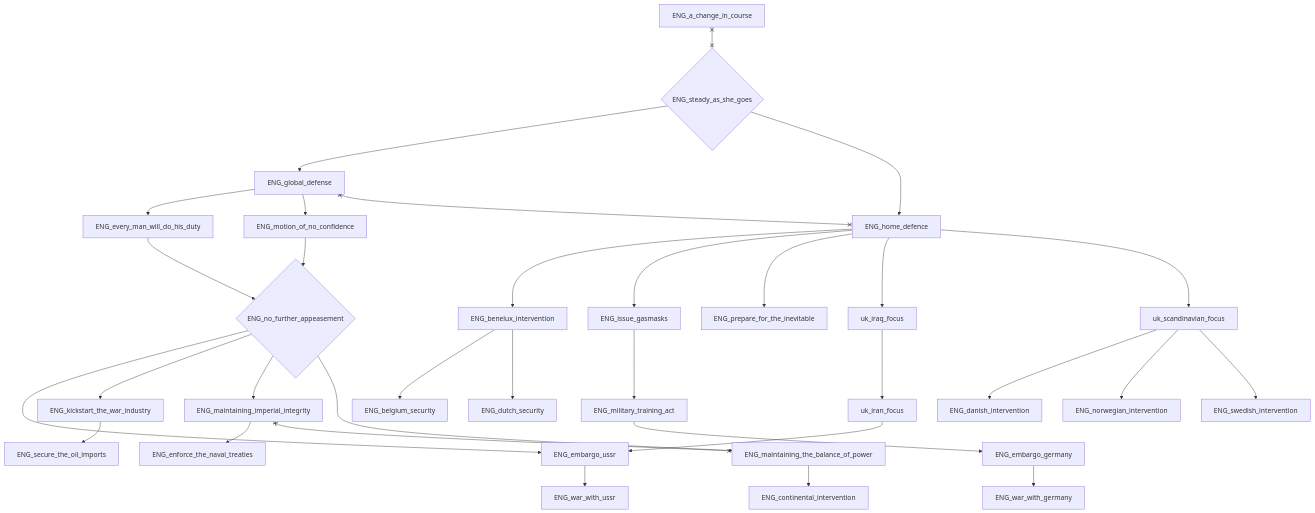
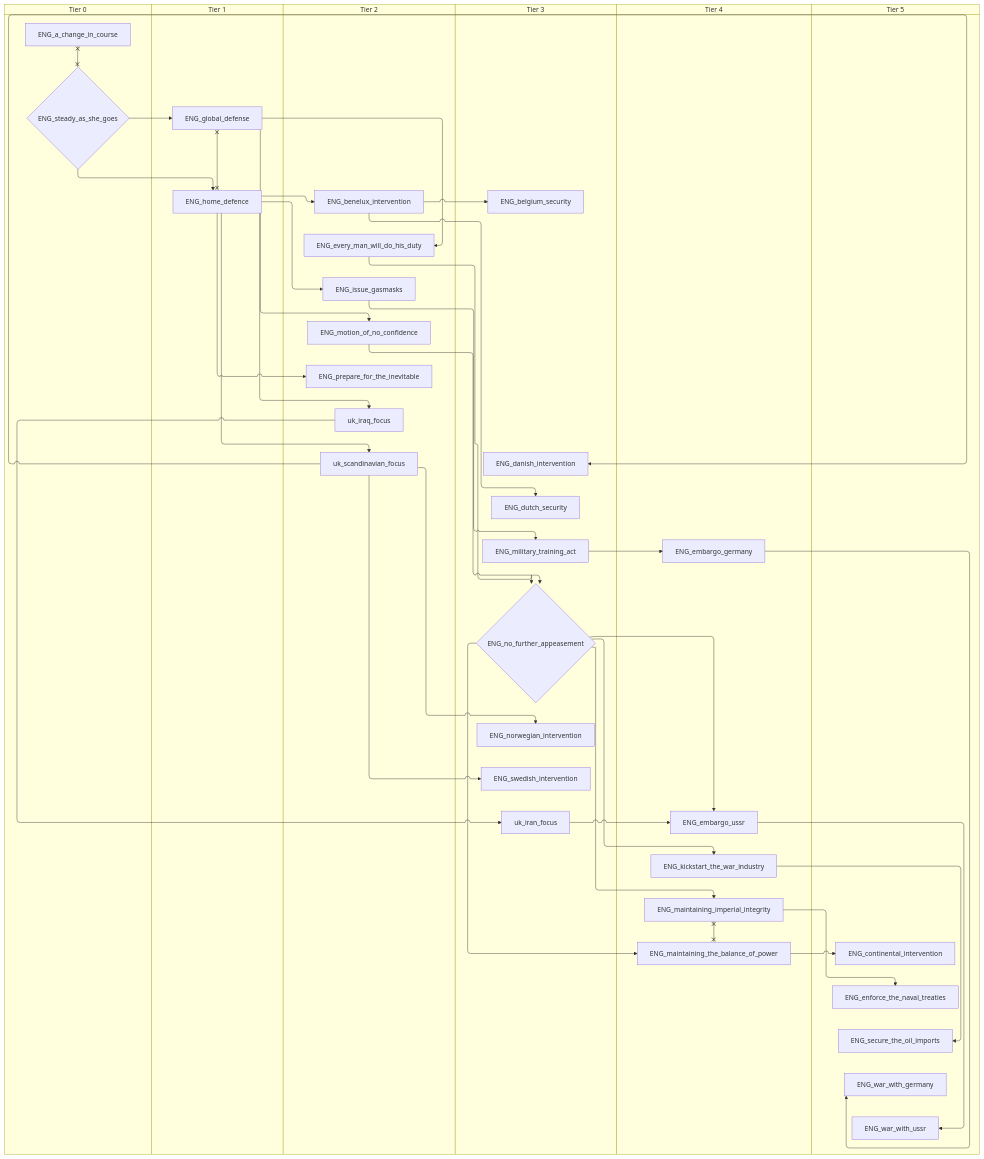
The third of 6 diagrams in docs/gdd/National Focuses/uk.md (evgeny-sobol/hoi4-sandbox-mode), drawn with Mermaid before and after one commit. The commit also changed other lines of this file and 80 other files, not shown here.

First line of the commit message:
Add swimlane mode to focus graph exporter

````diff
--- a/docs/gdd/National Focuses/uk.md
+++ b/docs/gdd/National Focuses/uk.md
@@ -160,64 +194,76 @@
 ```mermaid
-flowchart TD
-    n1["ENG_a_change_in_course"]
-    n63["ENG_belgium_security"]
-    n64["ENG_benelux_intervention"]
-    n65["ENG_continental_intervention"]
-    n66["ENG_danish_intervention"]
-    n67["ENG_dutch_security"]
-    n68["ENG_embargo_germany"]
-    n69["ENG_embargo_ussr"]
-    n70["ENG_enforce_the_naval_treaties"]
-    n71["ENG_every_man_will_do_his_duty"]
-    n72["ENG_global_defense"]
-    n73["ENG_home_defence"]
-    n74["ENG_issue_gasmasks"]
-    n75["ENG_kickstart_the_war_industry"]
-    n76["ENG_maintaining_imperial_integrity"]
-    n77["ENG_maintaining_the_balance_of_power"]
-    n78["ENG_military_training_act"]
-    n79["ENG_motion_of_no_confidence"]
-    n80{"ENG_no_further_appeasement"}
-    n81["ENG_norwegian_intervention"]
-    n82["ENG_prepare_for_the_inevitable"]
-    n83["ENG_secure_the_oil_imports"]
-    n37{"ENG_steady_as_she_goes"}
-    n84["ENG_swedish_intervention"]
-    n85["ENG_war_with_germany"]
-    n86["ENG_war_with_ussr"]
-    n87["uk_iran_focus"]
-    n88["uk_iraq_focus"]
-    n89["uk_scandinavian_focus"]
-    n64 --> n63
-    n73 --> n64
-    n77 --> n65
-    n89 --> n66
+swimlane-beta TD
+    subgraph tier_0["Tier 0"]
+        n1["ENG_a_change_in_course"]
+        n2{"ENG_steady_as_she_goes"}
+    end
+    subgraph tier_1["Tier 1"]
+        n63["ENG_global_defense"]
+        n64["ENG_home_defence"]
+    end
+    subgraph tier_2["Tier 2"]
+        n65["ENG_benelux_intervention"]
+        n66["ENG_every_man_will_do_his_duty"]
+        n67["ENG_issue_gasmasks"]
+        n68["ENG_motion_of_no_confidence"]
+        n69["ENG_prepare_for_the_inevitable"]
+        n70["uk_iraq_focus"]
+        n71["uk_scandinavian_focus"]
+    end
+    subgraph tier_3["Tier 3"]
+        n72["ENG_belgium_security"]
+        n73["ENG_danish_intervention"]
+        n74["ENG_dutch_security"]
+        n75["ENG_military_training_act"]
+        n76{"ENG_no_further_appeasement"}
+        n77["ENG_norwegian_intervention"]
+        n78["ENG_swedish_intervention"]
+        n79["uk_iran_focus"]
+    end
+    subgraph tier_4["Tier 4"]
+        n80["ENG_embargo_germany"]
+        n81["ENG_embargo_ussr"]
+        n82["ENG_kickstart_the_war_industry"]
+        n83["ENG_maintaining_imperial_integrity"]
+        n84["ENG_maintaining_the_balance_of_power"]
+    end
+    subgraph tier_5["Tier 5"]
+        n85["ENG_continental_intervention"]
+        n86["ENG_enforce_the_naval_treaties"]
+        n87["ENG_secure_the_oil_imports"]
+        n88["ENG_war_with_germany"]
+        n89["ENG_war_with_ussr"]
+    end
+    n65 --> n72
+    n64 --> n65
+    n84 --> n85
+    n71 --> n73
+    n65 --> n74
+    n75 --> n80
+    n79 --> n81
+    n76 --> n81
+    n83 --> n86
+    n63 --> n66
+    n2 --> n63
+    n2 --> n64
     n64 --> n67
-    n78 --> n68
-    n87 --> n69
-    n80 --> n69
-    n76 --> n70
-    n72 --> n71
-    n37 --> n72
-    n37 --> n73
-    n73 --> n74
-    n80 --> n75
-    n80 --> n76
-    n80 --> n77
-    n74 --> n78
-    n72 --> n79
-    n71 --> n80
-    n79 --> n80
-    n89 --> n81
-    n73 --> n82
-    n75 --> n83
-    n89 --> n84
-    n68 --> n85
-    n69 --> n86
-    n88 --> n87
-    n73 --> n88
-    n73 --> n89
-    n1 x--x n37
-    n72 x--x n73
-    n76 x--x n77
+    n76 --> n82
+    n76 --> n83
+    n76 --> n84
+    n67 --> n75
+    n63 --> n68
+    n66 --> n76
+    n68 --> n76
+    n71 --> n77
+    n64 --> n69
+    n82 --> n87
+    n71 --> n78
+    n80 --> n88
+    n81 --> n89
+    n70 --> n79
+    n64 --> n70
+    n64 --> n71
+    n1 x--x n2
+    n63 x--x n64
+    n83 x--x n84
 ```
````
